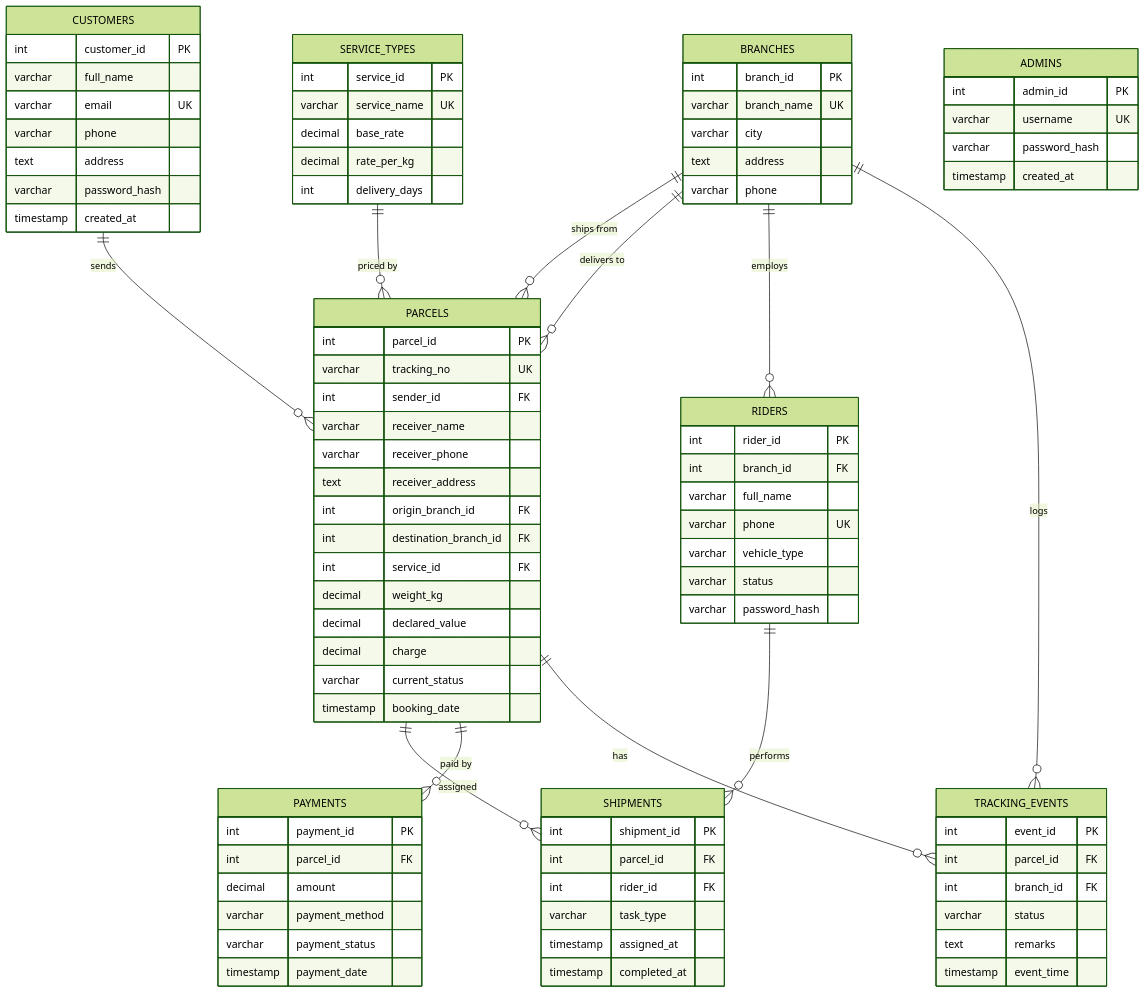
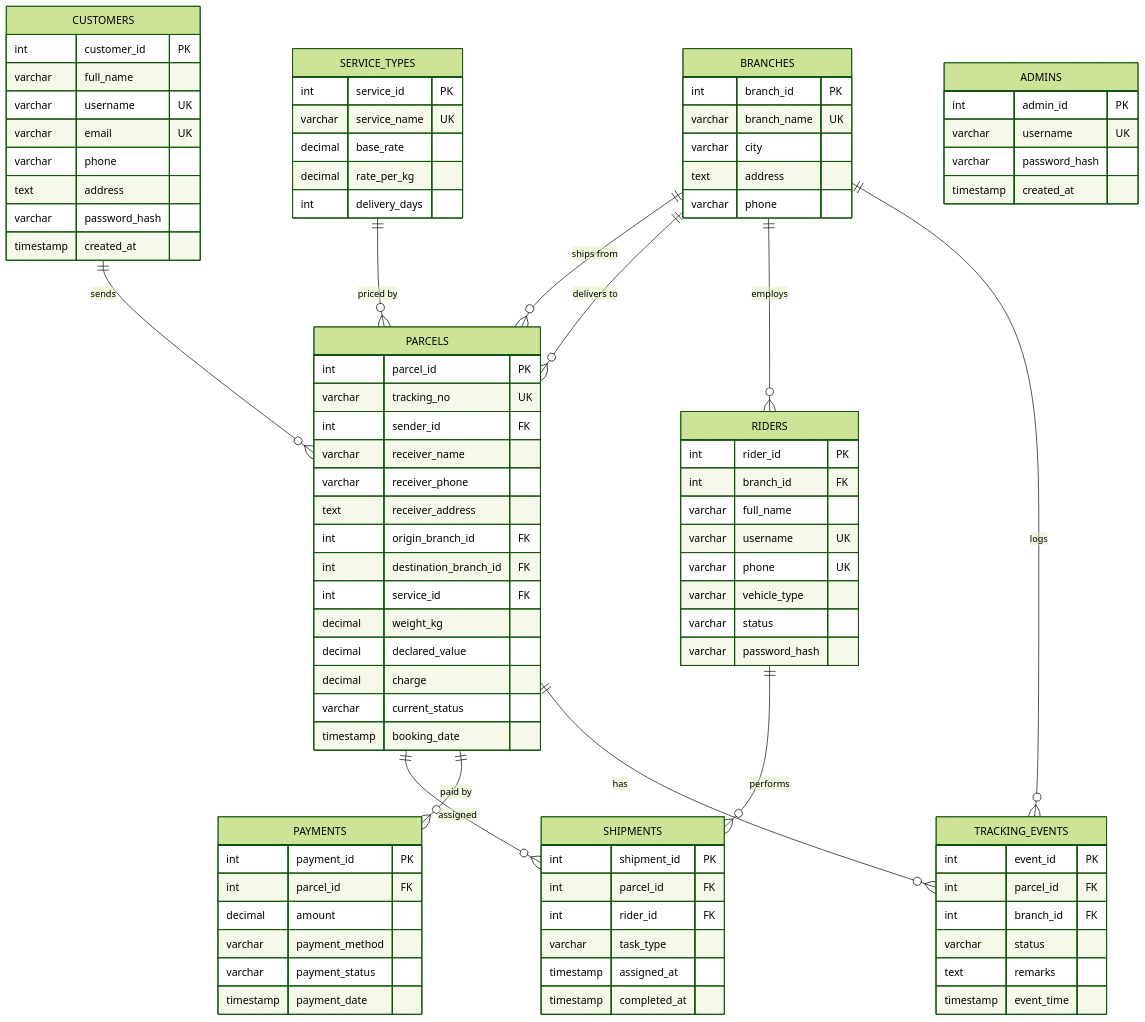
One commit to Indrajit147/ParcelTrack changed the diagram in README.md. Above: the diagram before and after it, drawn with Mermaid (forest theme). The commit also changed other lines of this file and 22 other files, not shown here.

```diff
--- a/README.md
+++ b/README.md
@@ -49,6 +49,7 @@
     CUSTOMERS {
         int customer_id PK
         varchar full_name
+        varchar username UK
         varchar email UK
         varchar phone
         text address
@@ -66,6 +67,7 @@
         int rider_id PK
         int branch_id FK
         varchar full_name
+        varchar username UK
         varchar phone UK
         varchar vehicle_type
         varchar status
```
